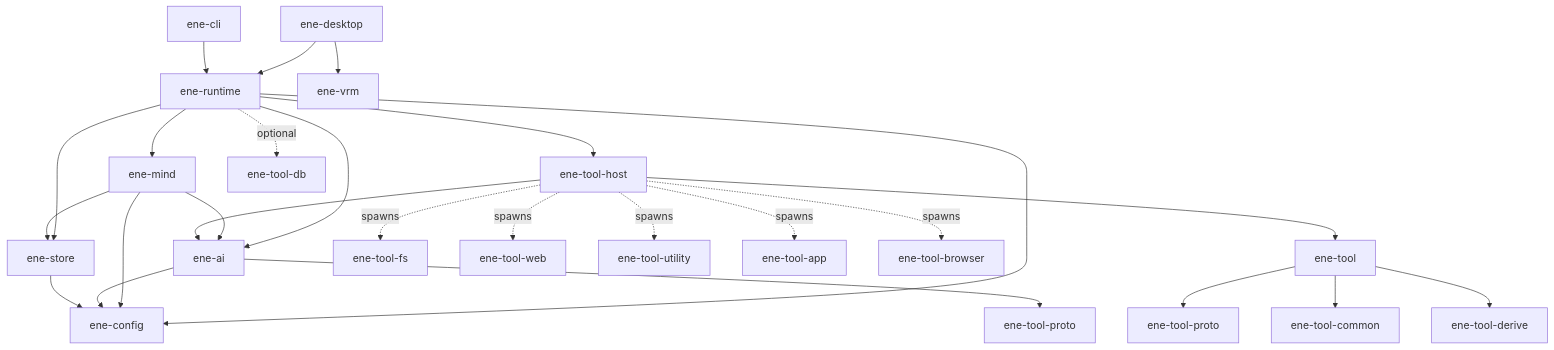
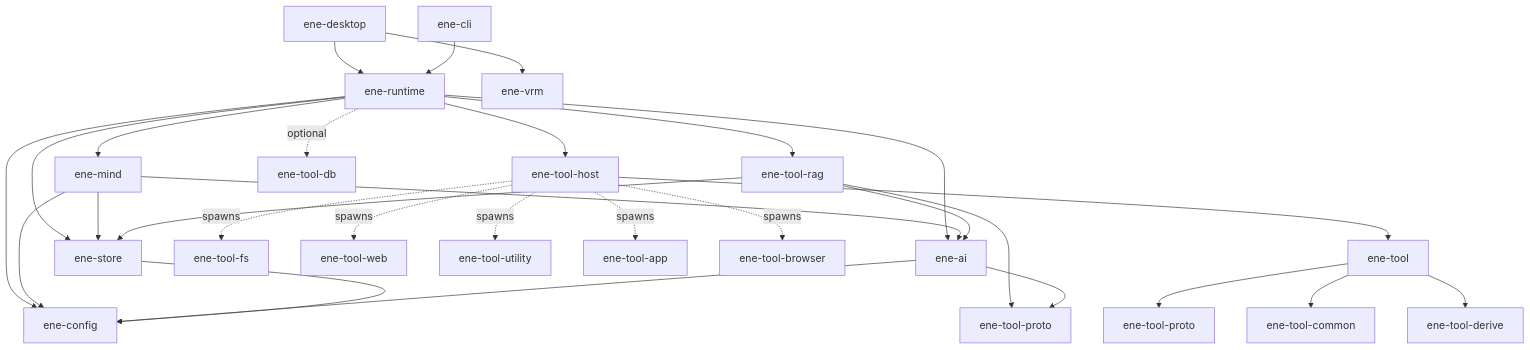
One commit to pexisgle/ene changed the diagram in docs/api/index.md. Above: the diagram before and after it, drawn with Mermaid. The commit also changed other lines of this file and 22 other files, not shown here.

First line of the commit message:
feat: extract ToolRAG to ene-tool-rag crate (fix #153)

````diff
--- a/docs/api/index.md
+++ b/docs/api/index.md
@@ -46,33 +47,36 @@
 ```mermaid
 flowchart TD
   Desktop[ene-desktop] --> Runtime[ene-runtime]
   Desktop --> Vrm[ene-vrm]
   CLI[ene-cli] --> Runtime
 
   Runtime --> Mind[ene-mind]
   Runtime --> Store[ene-store]
   Runtime --> Ai[ene-ai]
   Runtime --> ToolHost[ene-tool-host]
+  Runtime --> ToolRag[ene-tool-rag]
   Runtime --> Config[ene-config]
   Runtime -.optional.-> ToolDb[ene-tool-db]
 
   Mind --> Store
   Mind --> Config
   Mind --> Ai
 
   ToolHost --> Tool[ene-tool]
-  ToolHost --> Ai
+  ToolRag --> Ai
+  ToolRag --> Store
+  ToolRag --> ToolProto[ene-tool-proto]
   Ai --> Config
-  Ai --> ToolProto[ene-tool-proto]
+  Ai --> ToolProto
   Store --> Config
 
   Tool --> Proto[ene-tool-proto]
   Tool --> CommonTool[ene-tool-common]
   Tool --> Derive[ene-tool-derive]
 
   ToolHost -.spawns.-> ToolFs[ene-tool-fs]
   ToolHost -.spawns.-> ToolWeb[ene-tool-web]
   ToolHost -.spawns.-> ToolUtil[ene-tool-utility]
   ToolHost -.spawns.-> ToolApp[ene-tool-app]
   ToolHost -.spawns.-> ToolBrowser[ene-tool-browser]
 ```
````
